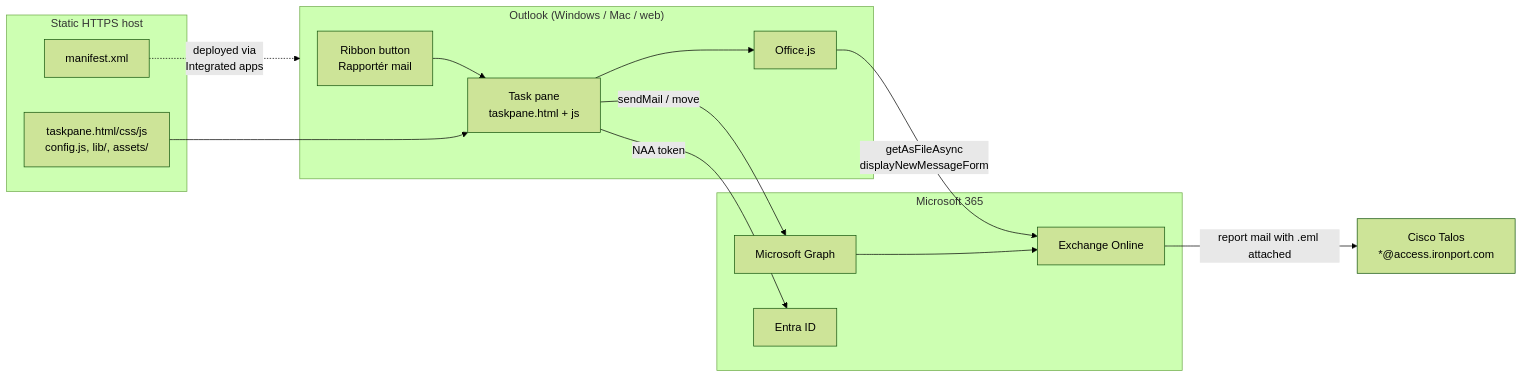
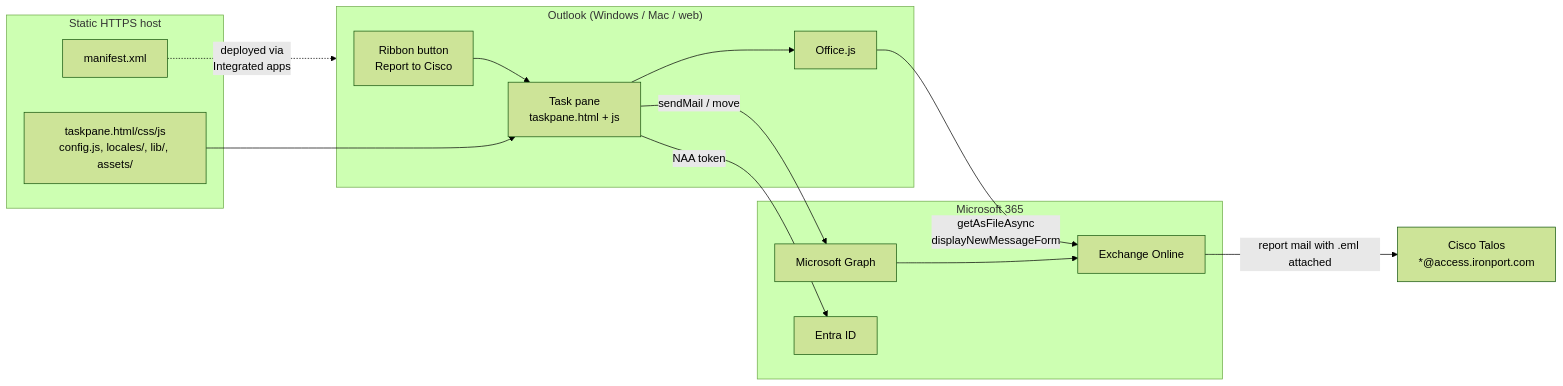
Before and after one commit to magnusfrodell/cisco-email-security-outlook-addin: the first of 4 diagrams in docs/ARCHITECTURE.md, drawn with Mermaid (forest theme). The commit also changed other lines of this file and 28 other files, not shown here.

Commit message:
Release 1.1.0: en/da/sv locales, language selector, rename to Cisco Email Security Reporter

````diff
--- a/docs/ARCHITECTURE.md
+++ b/docs/ARCHITECTURE.md
@@ -13,28 +13,28 @@
 ```mermaid
 flowchart LR
     subgraph Outlook["Outlook (Windows / Mac / web)"]
-        R[Ribbon button<br/>Rapportér mail]
+        R[Ribbon button<br/>Report to Cisco]
         TP[Task pane<br/>taskpane.html + js]
         OJS[Office.js]
     end
     subgraph Host["Static HTTPS host"]
         M[manifest.xml]
-        F[taskpane.html/css/js<br/>config.js, lib/, assets/]
+        F[taskpane.html/css/js<br/>config.js, locales/, lib/, assets/]
     end
     subgraph MS["Microsoft 365"]
         EX[Exchange Online]
         G[Microsoft Graph]
         ID[Entra ID]
     end
     T[Cisco Talos<br/>*@access.ironport.com]
 
     M -. deployed via<br/>Integrated apps .-> Outlook
     R --> TP
     TP --> OJS
     F --> TP
     OJS -- getAsFileAsync<br/>displayNewMessageForm --> EX
     TP -- NAA token --> ID
     TP -- sendMail / move --> G
     G --> EX
     EX -- report mail with .eml attached --> T
 ```
````
